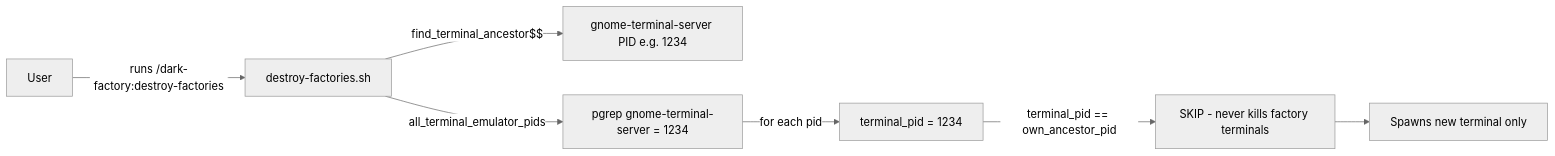
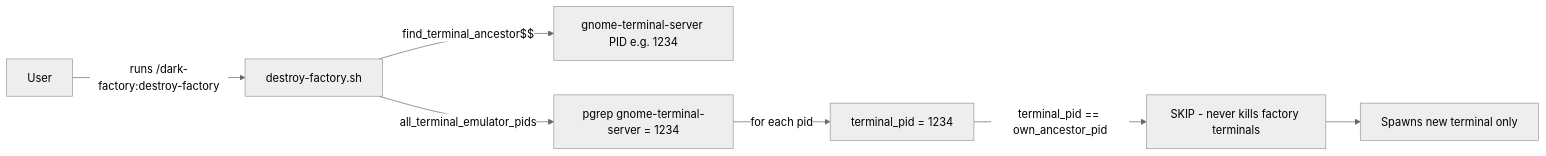
One commit to lewibs/dark-factory changed the first of 2 diagrams in docs/bugs/2026-04-28-destroy-factories-skips-gnome-terminal-server-windows.md. Above: the diagram before and after it, drawn with Mermaid (neutral theme). The commit also changed other lines of this file and 11 other files, not shown here.

First line of the commit message:
refactor: rename destroy-factories command to destroy-factory (singular)

````diff
--- a/docs/bugs/2026-04-28-destroy-factories-skips-gnome-terminal-server-windows.md
+++ b/docs/bugs/2026-04-28-destroy-factories-skips-gnome-terminal-server-windows.md
@@ -31,9 +31,9 @@
 ```mermaid
 flowchart LR
-  User -->|runs /dark-factory:destroy-factories| Script[destroy-factories.sh]
+  User -->|runs /dark-factory:destroy-factory| Script[destroy-factory.sh]
   Script -->|find_terminal_ancestor$$| Ancestor[gnome-terminal-server PID e.g. 1234]
   Script -->|all_terminal_emulator_pids| TermList[pgrep gnome-terminal-server = 1234]
   TermList -->|for each pid| Loop[terminal_pid = 1234]
   Loop -->|terminal_pid == own_ancestor_pid| Skip[SKIP - never kills factory terminals]
   Skip --> Spawn[Spawns new terminal only]
 ```
````
